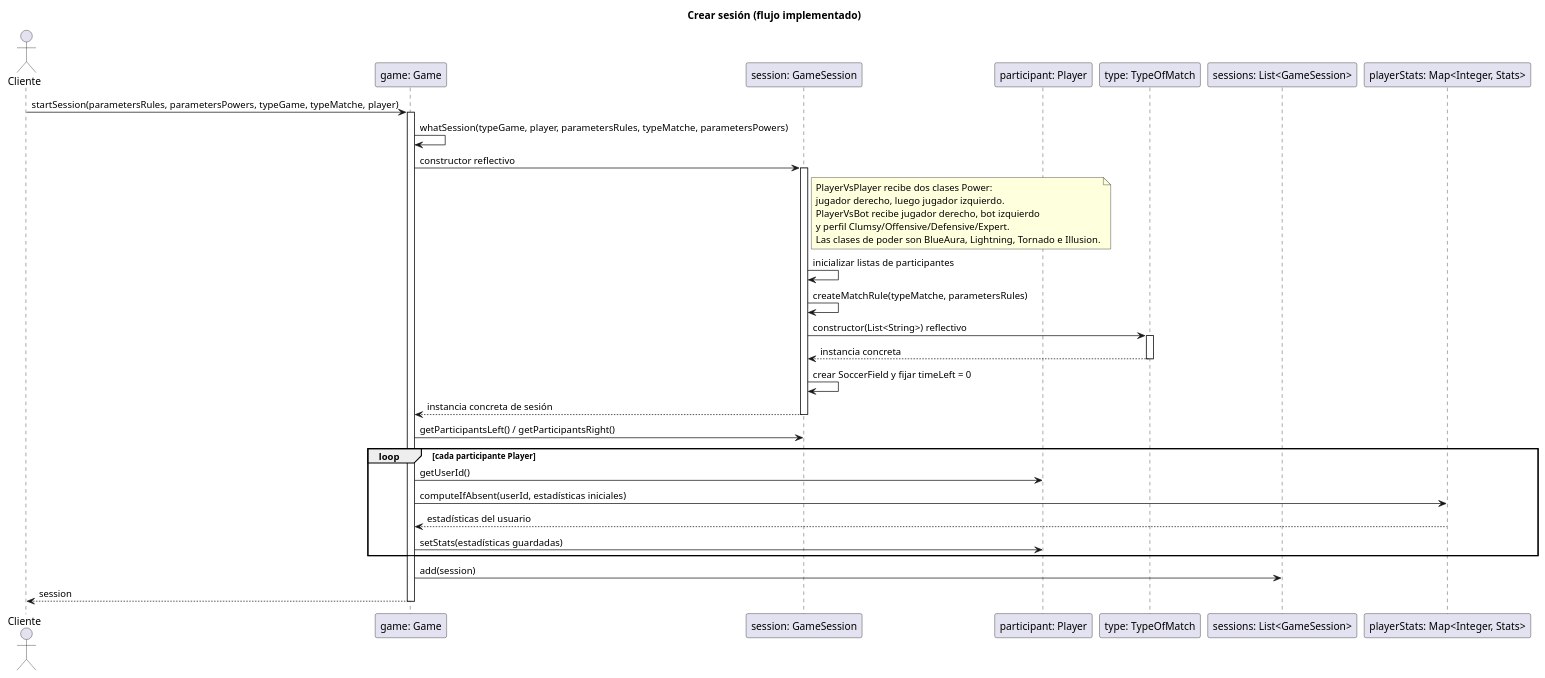
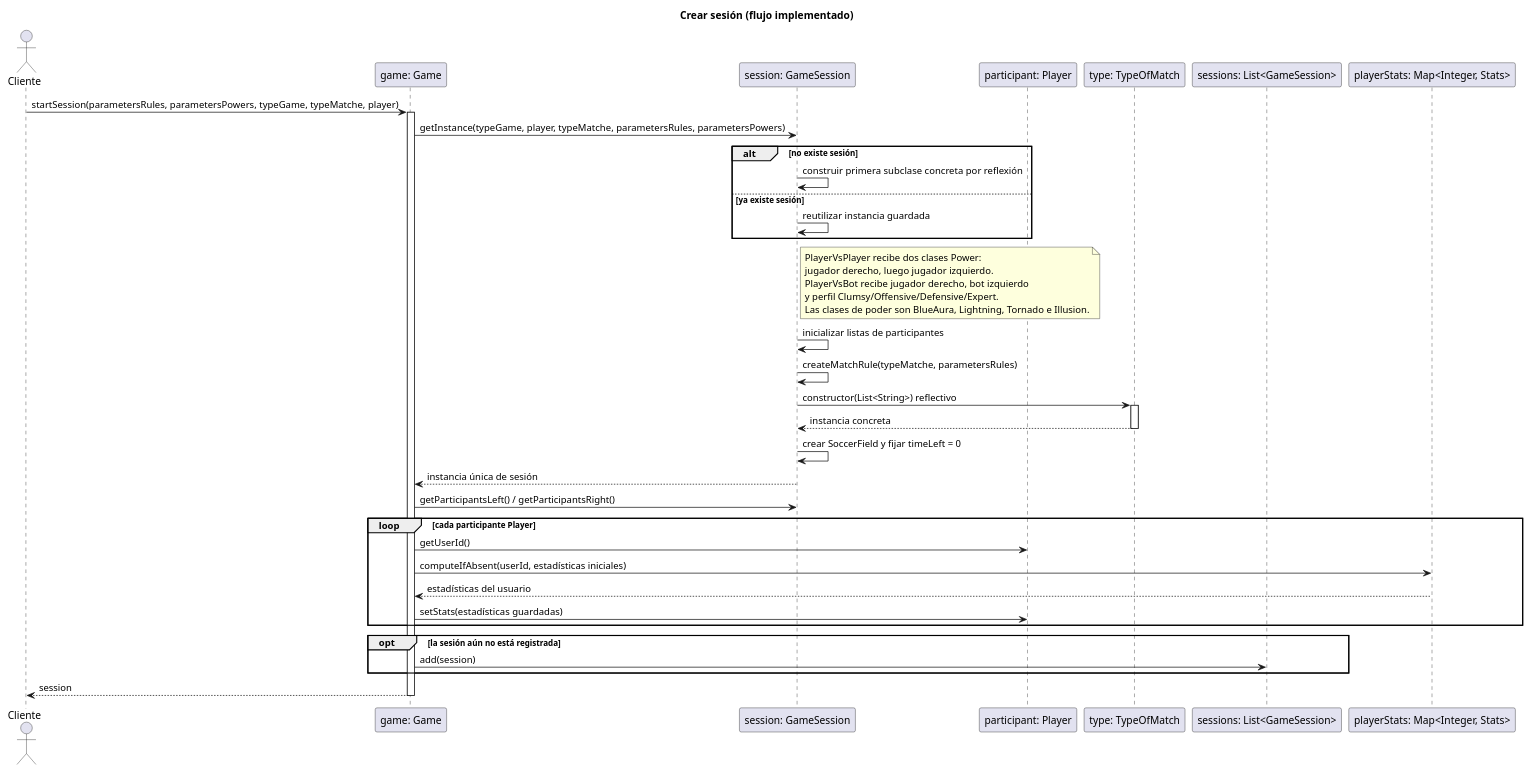
The diagram in docs/uml/start-session-sequence.puml (PaglkG/ProyectoFinal-Dopo), drawn with PlantUML before and after one commit. The commit also changed 56 other files, not shown here.

```diff
--- a/docs/uml/start-session-sequence.puml
+++ b/docs/uml/start-session-sequence.puml
@@ -1,38 +1,44 @@
 @startuml
 title Crear sesión (flujo implementado)
 actor Cliente
 participant "game: Game" as G
 participant "session: GameSession" as S
 participant "participant: Player" as P
 participant "type: TypeOfMatch" as T
 participant "sessions: List<GameSession>" as L
 participant "playerStats: Map<Integer, Stats>" as M
 
 Cliente -> G: startSession(parametersRules, parametersPowers, typeGame, typeMatche, player)
 activate G
-G -> G: whatSession(typeGame, player, parametersRules, typeMatche, parametersPowers)
-G -> S ++: constructor reflectivo
+G -> S: getInstance(typeGame, player, typeMatche, parametersRules, parametersPowers)
+alt no existe sesión
+  S -> S: construir primera subclase concreta por reflexión
+else ya existe sesión
+  S -> S: reutilizar instancia guardada
+end
 note right of S
   PlayerVsPlayer recibe dos clases Power:
   jugador derecho, luego jugador izquierdo.
   PlayerVsBot recibe jugador derecho, bot izquierdo
   y perfil Clumsy/Offensive/Defensive/Expert.
   Las clases de poder son BlueAura, Lightning, Tornado e Illusion.
 end note
 S -> S: inicializar listas de participantes
 S -> S: createMatchRule(typeMatche, parametersRules)
 S -> T ++: constructor(List<String>) reflectivo
 T --> S --: instancia concreta
 S -> S: crear SoccerField y fijar timeLeft = 0
-S --> G --: instancia concreta de sesión
+S --> G: instancia única de sesión
 G -> S: getParticipantsLeft() / getParticipantsRight()
 loop cada participante Player
   G -> P: getUserId()
   G -> M: computeIfAbsent(userId, estadísticas iniciales)
   M --> G: estadísticas del usuario
   G -> P: setStats(estadísticas guardadas)
 end
-G -> L: add(session)
+opt la sesión aún no está registrada
+  G -> L: add(session)
+end
 G --> Cliente: session
 deactivate G
 @enduml
```
